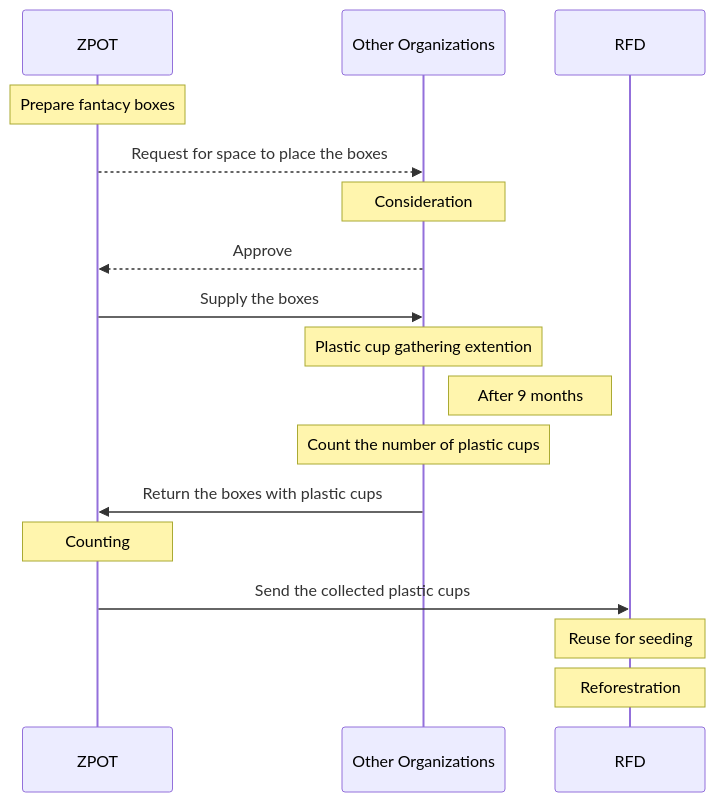
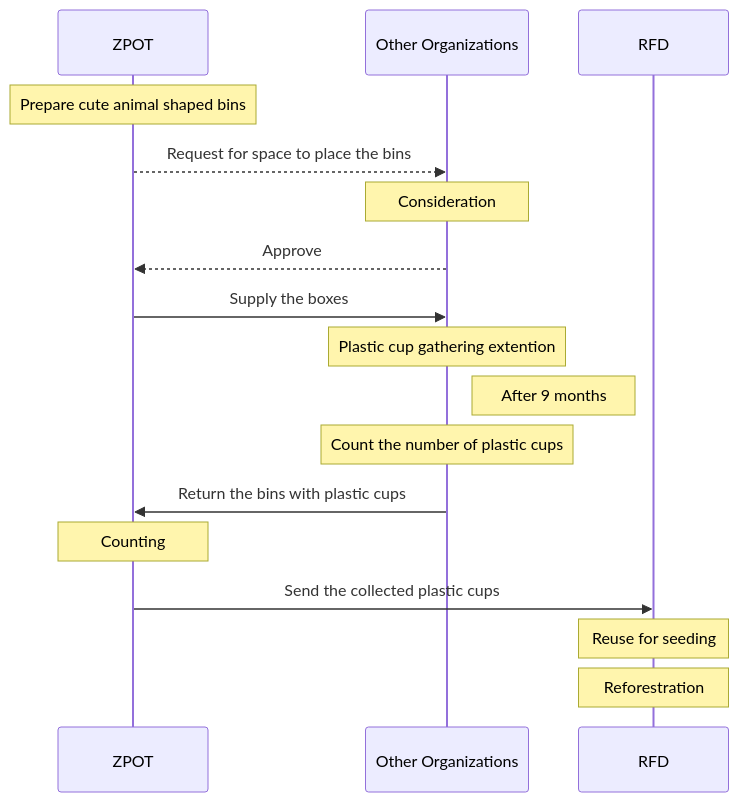
The first of 2 diagrams in README.md (Kietpawpan/carbon), drawn with Mermaid before and after one commit. The commit also changed other lines of this file, not shown here.

````diff
--- a/README.md
+++ b/README.md
@@ -11,16 +11,16 @@
 ```mermaid
 sequenceDiagram
-    Note over ZPOT: Prepare fantacy boxes  
-    ZPOT-->>Other Organizations: Request for space to place the boxes
+    Note over ZPOT: Prepare cute animal shaped bins  
+    ZPOT-->>Other Organizations: Request for space to place the bins
     Note over Other Organizations: Consideration
     Other Organizations-->>ZPOT: Approve
     ZPOT->>Other Organizations: Supply the boxes
     Note over Other Organizations: Plastic cup gathering extention
     Note right of Other Organizations: After 9 months
     Note over Other Organizations: Count the number of plastic cups
-    Other Organizations->>ZPOT: Return the boxes with plastic cups
+    Other Organizations->>ZPOT: Return the bins with plastic cups
     Note over ZPOT: Counting
     ZPOT->>RFD: Send the collected plastic cups
     Note over RFD: Reuse for seeding
     Note over RFD: Reforestration
 ```
````
